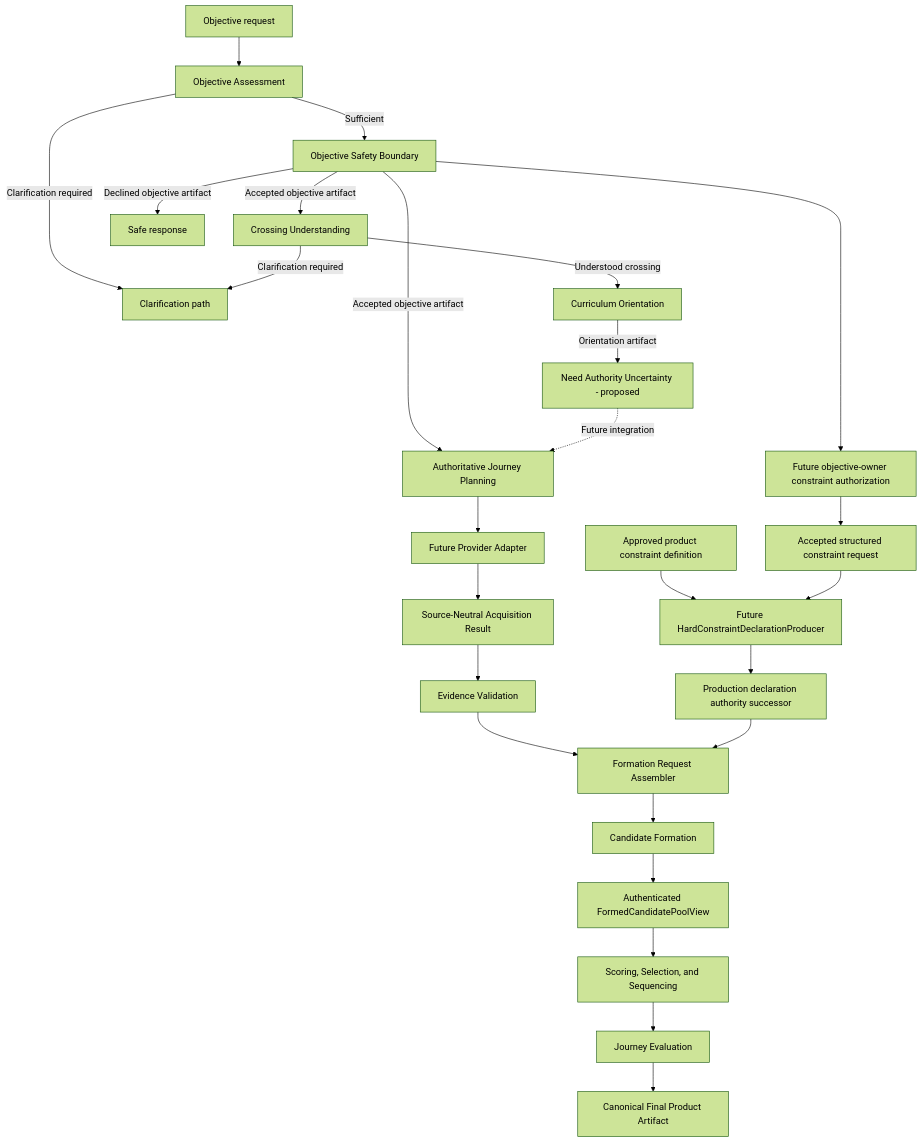
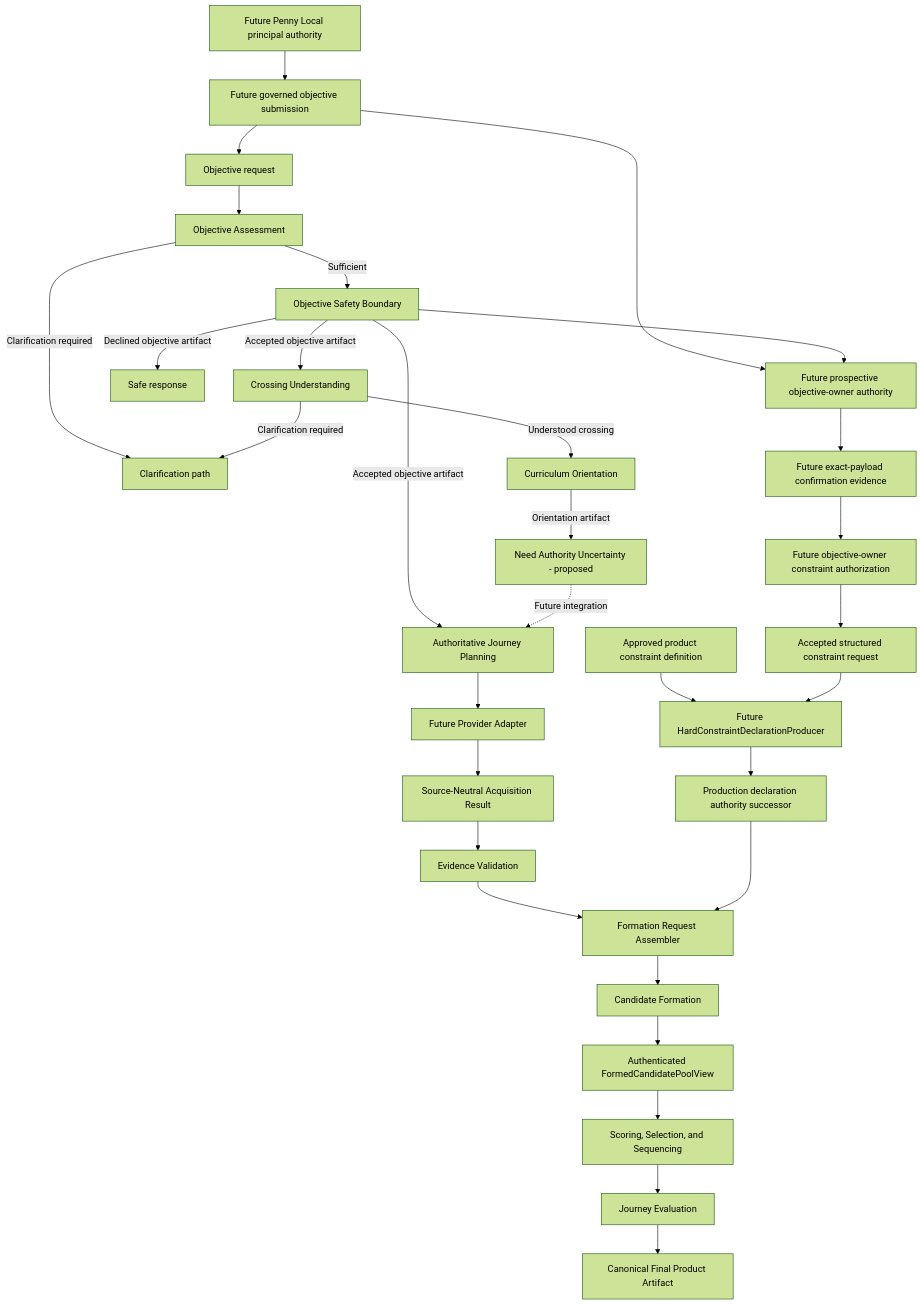
Before and after one commit to kevin7773/PlaylistNarrative: the diagram in docs/architecture.md, drawn with Mermaid (forest theme). The commit also changed other lines of this file and 5 other files, not shown here.

Commit message:
docs: freeze Penny Local authorization foundations

````diff
--- a/docs/architecture.md
+++ b/docs/architecture.md
@@ -86,28 +90,33 @@
 ```mermaid
 flowchart TD
     A["Objective request"] --> B["Objective Assessment"]
     B -->|"Clarification required"| C["Clarification path"]
     B -->|"Sufficient"| D["Objective Safety Boundary"]
     D -->|"Accepted objective artifact"| E["Authoritative Journey Planning"]
     D -->|"Accepted objective artifact"| CU["Crossing Understanding"]
     D -->|"Declined objective artifact"| F["Safe response"]
     CU -->|"Understood crossing"| O["Curriculum Orientation"]
     CU -->|"Clarification required"| C
     O -->|"Orientation artifact"| N["Need Authority Uncertainty - proposed"]
     N -.->|"Future integration"| E
     E --> G["Future Provider Adapter"]
     G --> ACQ["Source-Neutral Acquisition Result"]
     ACQ --> V["Evidence Validation"]
     V --> R["Formation Request Assembler"]
-    D --> AU["Future objective-owner constraint authorization"]
+    LP["Future Penny Local principal authority"] --> OSUB["Future governed objective submission"]
+    OSUB --> A
+    OSUB --> OW["Future prospective objective-owner authority"]
+    D --> OW
+    OW --> CF["Future exact-payload confirmation evidence"]
+    CF --> AU["Future objective-owner constraint authorization"]
     AU --> X["Accepted structured constraint request"]
     Z["Approved product constraint definition"] --> Q["Future HardConstraintDeclarationProducer"]
     X --> Q
     Q --> Y["Production declaration authority successor"]
     Y --> R
     R --> J["Candidate Formation"]
     J --> K["Authenticated FormedCandidatePoolView"]
     K --> H["Scoring, Selection, and Sequencing"]
     H --> I["Journey Evaluation"]
     I --> P["Canonical Final Product Artifact"]
 ```
````
